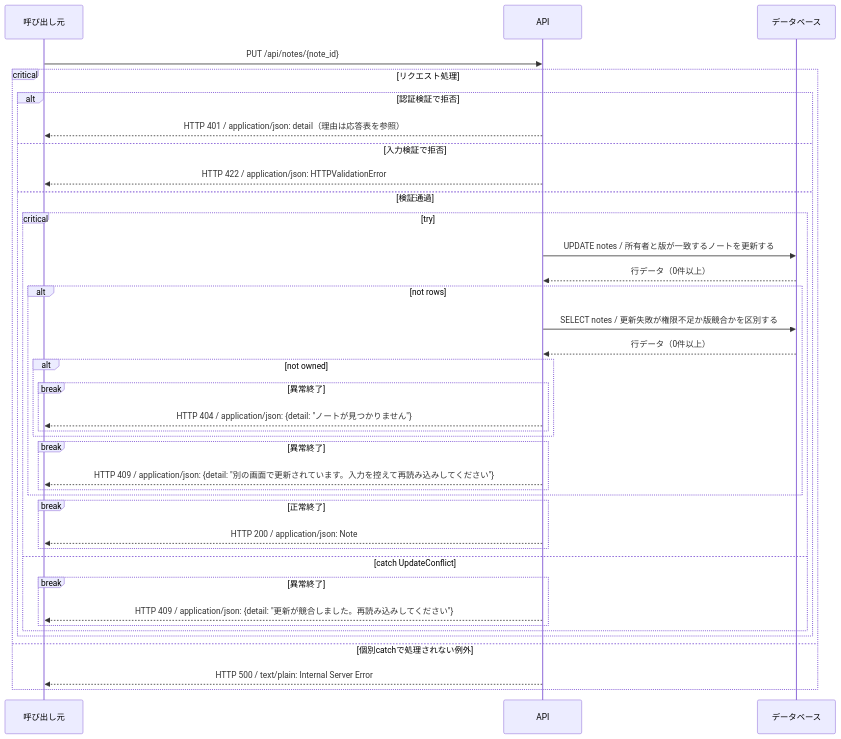
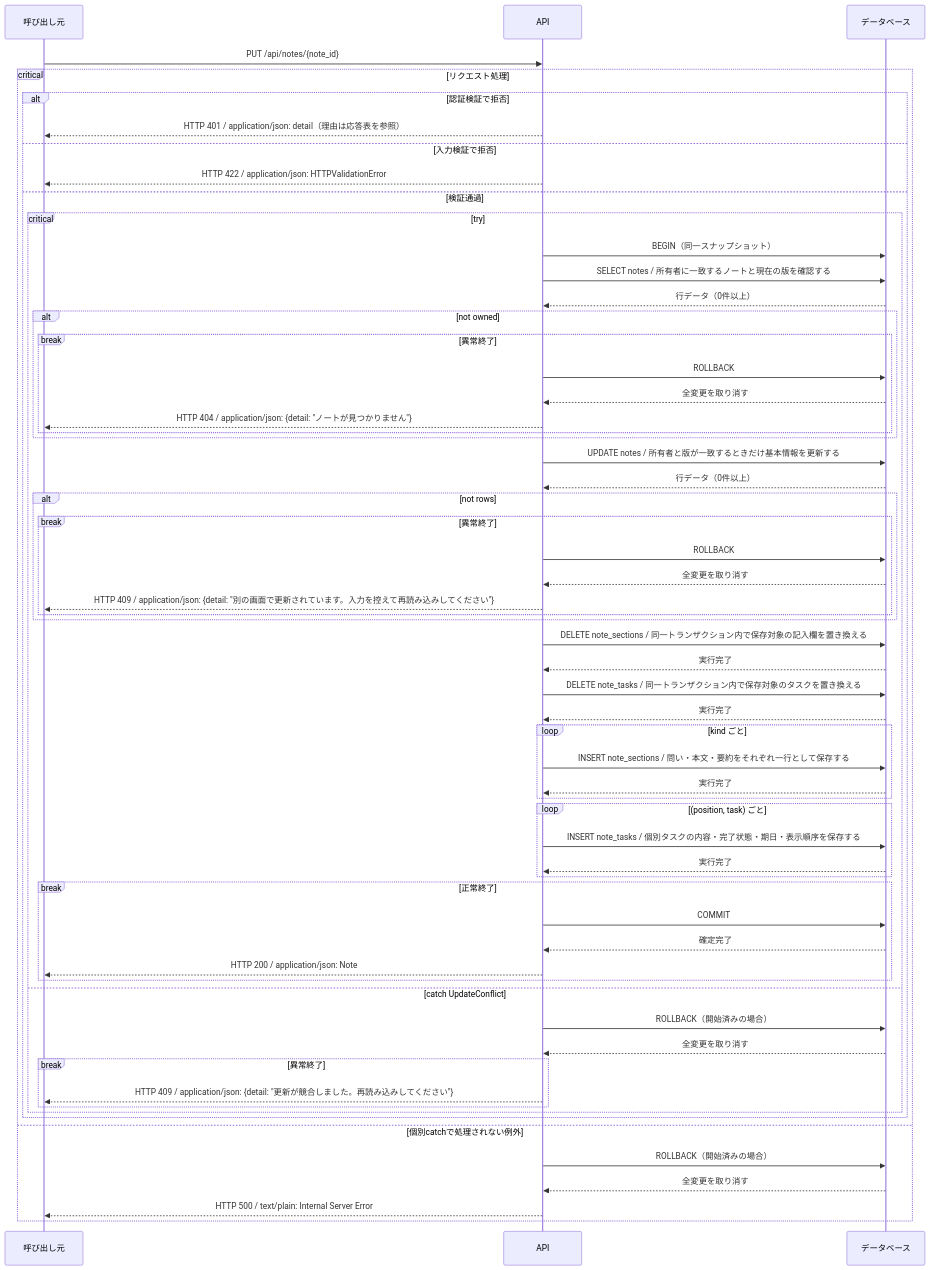
One commit to tsuji-tomonori/CornellNoteWebv2 changed the diagram in docs/generated/apis/update_note/sequence.gen.md. Above: the diagram before and after it, drawn with Mermaid. The commit also changed other lines of this file and 194 other files, not shown here.

````diff
--- a/docs/generated/apis/update_note/sequence.gen.md
+++ b/docs/generated/apis/update_note/sequence.gen.md
@@ -23,40 +23,63 @@
 ```mermaid
 sequenceDiagram
     participant C as 呼び出し元
     participant A as API
     participant D as データベース
     C->>A: PUT /api/notes/{note_id}
     critical リクエスト処理
     alt 認証検証で拒否
     A-->>C: HTTP 401 / application/json: detail（理由は応答表を参照）
     else 入力検証で拒否
     A-->>C: HTTP 422 / application/json: HTTPValidationError
     else 検証通過
     critical try
-    A->>D: UPDATE notes / 所有者と版が一致するノートを更新する
-    D-->>A: 行データ（0件以上）
-    alt not rows
-    A->>D: SELECT notes / 更新失敗が権限不足か版競合かを区別する
+    A->>D: BEGIN（同一スナップショット）
+    A->>D: SELECT notes / 所有者に一致するノートと現在の版を確認する
     D-->>A: 行データ（0件以上）
     alt not owned
     break 異常終了
+    A->>D: ROLLBACK
+    D-->>A: 全変更を取り消す
     A-->>C: HTTP 404 / application/json: {detail: #quot;ノートが見つかりません#quot;}
     end
     end
+    A->>D: UPDATE notes / 所有者と版が一致するときだけ基本情報を更新する
+    D-->>A: 行データ（0件以上）
+    alt not rows
     break 異常終了
+    A->>D: ROLLBACK
+    D-->>A: 全変更を取り消す
     A-->>C: HTTP 409 / application/json: {detail: #quot;別の画面で更新されています。入力を控えて再読み込みしてください#quot;}
     end
     end
+    A->>D: DELETE note_sections / 同一トランザクション内で保存対象の記入欄を置き換える
+    D-->>A: 実行完了
+    A->>D: DELETE note_tasks / 同一トランザクション内で保存対象のタスクを置き換える
+    D-->>A: 実行完了
+    loop kind ごと
+    A->>D: INSERT note_sections / 問い・本文・要約をそれぞれ一行として保存する
+    D-->>A: 実行完了
+    end
+    loop (position, task) ごと
+    A->>D: INSERT note_tasks / 個別タスクの内容・完了状態・期日・表示順序を保存する
+    D-->>A: 実行完了
+    end
     break 正常終了
+    A->>D: COMMIT
+    D-->>A: 確定完了
     A-->>C: HTTP 200 / application/json: Note
     end
     option catch UpdateConflict
+    A->>D: ROLLBACK（開始済みの場合）
+    D-->>A: 全変更を取り消す
     break 異常終了
     A-->>C: HTTP 409 / application/json: {detail: #quot;更新が競合しました。再読み込みしてください#quot;}
     end
     end
     end
     option 個別catchで処理されない例外
+    A->>D: ROLLBACK（開始済みの場合）
+    D-->>A: 全変更を取り消す
     A-->>C: HTTP 500 / text/plain: Internal Server Error
     end
 ```
````
